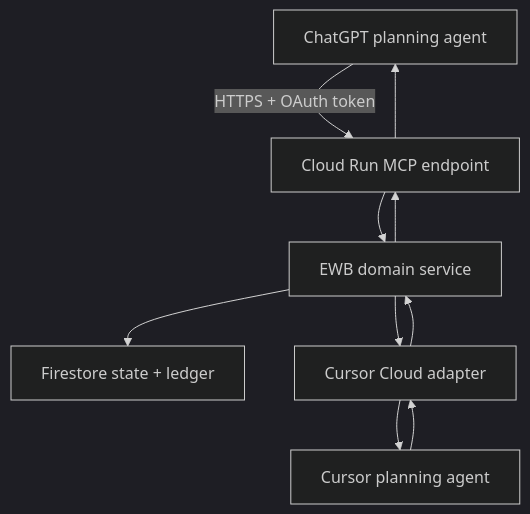
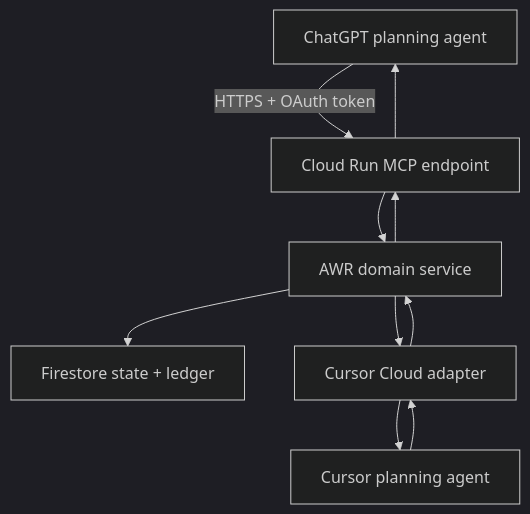
Before and after one commit to datateamsix/agent-work-relay: the second of 2 diagrams in docs/CURSOR_PRODUCT_SUMMARY_AND_CLOUD_RUN_BUILD.md, drawn with Mermaid (dark theme). The commit also changed other lines of this file and 35 other files, not shown here.

````diff
--- a/docs/CURSOR_PRODUCT_SUMMARY_AND_CLOUD_RUN_BUILD.md
+++ b/docs/CURSOR_PRODUCT_SUMMARY_AND_CLOUD_RUN_BUILD.md
@@ -169,12 +178,12 @@
 ```mermaid
 flowchart TD
     P["ChatGPT planning agent"] -->|"HTTPS + OAuth token"| M["Cloud Run MCP endpoint"]
-    M --> B["EWB domain service"]
+    M --> B["AWR domain service"]
     B --> F["Firestore state + ledger"]
     B --> X["Cursor Cloud adapter"]
     X --> C["Cursor planning agent"]
     C --> X
     X --> B
     B --> M
     M --> P
 ```
````
